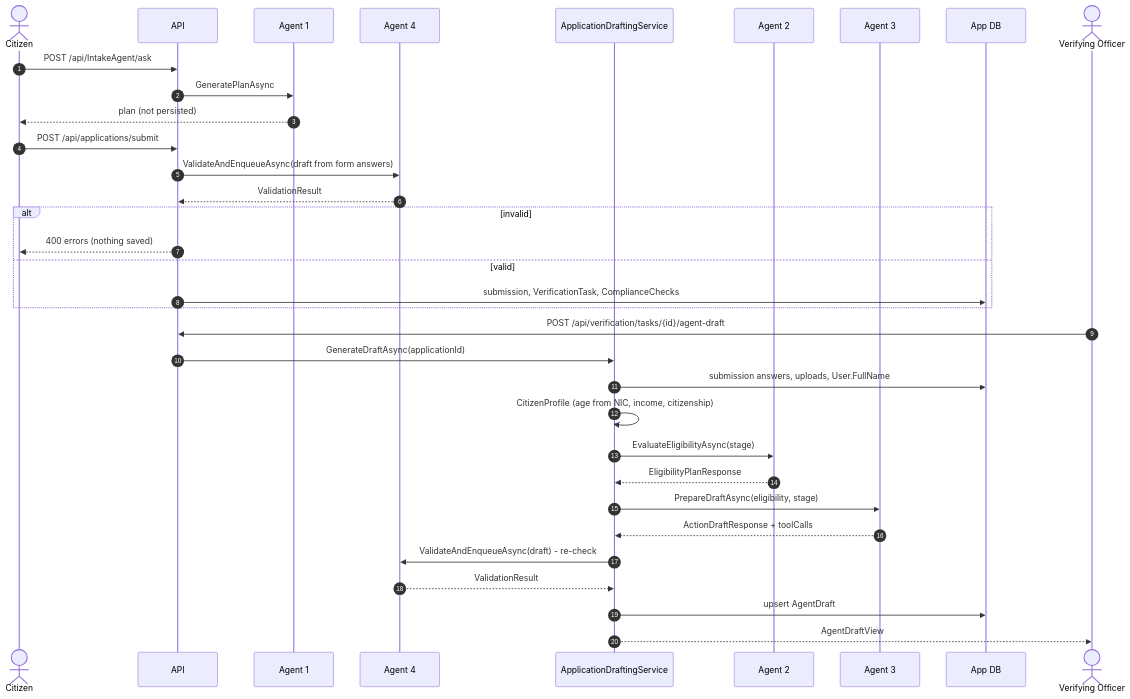
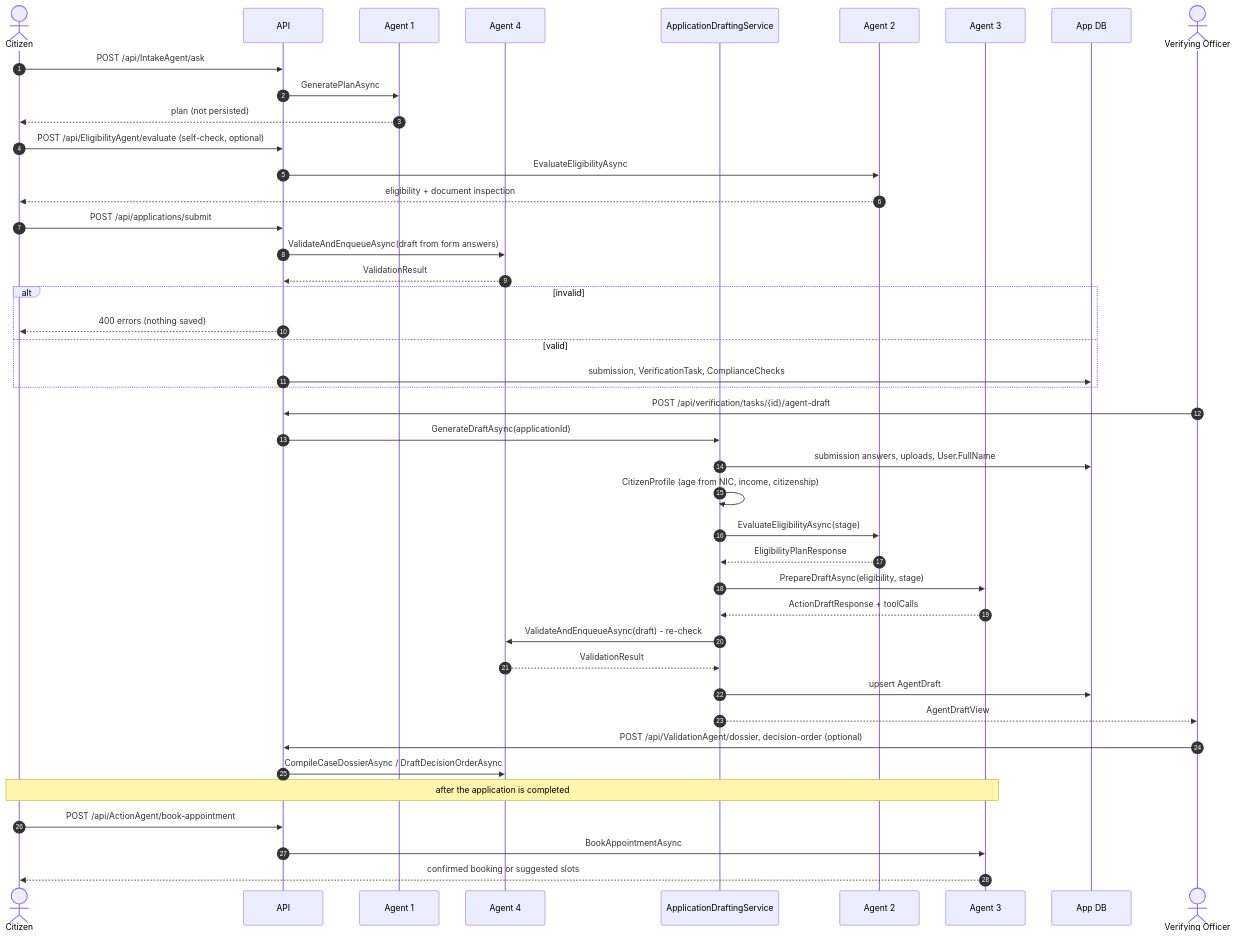
Before and after one commit to Chathuka-Pehesara/Government_Service_Navigator_New: the fourth of 4 diagrams in docs/diagrams/agentic-ai-architecture.md, drawn with Mermaid. The commit also changed other lines of this file and 18 other files, not shown here.

````diff
--- a/docs/diagrams/agentic-ai-architecture.md
+++ b/docs/diagrams/agentic-ai-architecture.md
@@ -175,39 +234,50 @@
 ```mermaid
 sequenceDiagram
     autonumber
     actor Cit as Citizen
     participant API as API
     participant A1 as Agent 1
     participant A4 as Agent 4
     participant DS as ApplicationDraftingService
     participant A2 as Agent 2
     participant A3 as Agent 3
     participant DB as App DB
     actor VO as Verifying Officer
 
     Cit->>API: POST /api/IntakeAgent/ask
     API->>A1: GeneratePlanAsync
     A1-->>Cit: plan (not persisted)
+
+    Cit->>API: POST /api/EligibilityAgent/evaluate (self-check, optional)
+    API->>A2: EvaluateEligibilityAsync
+    A2-->>Cit: eligibility + document inspection
 
     Cit->>API: POST /api/applications/submit
     API->>A4: ValidateAndEnqueueAsync(draft from form answers)
     A4-->>API: ValidationResult
     alt invalid
         API-->>Cit: 400 errors (nothing saved)
     else valid
         API->>DB: submission, VerificationTask, ComplianceChecks
     end
 
     VO->>API: POST /api/verification/tasks/{id}/agent-draft
     API->>DS: GenerateDraftAsync(applicationId)
     DS->>DB: submission answers, uploads, User.FullName
     DS->>DS: CitizenProfile (age from NIC, income, citizenship)
     DS->>A2: EvaluateEligibilityAsync(stage)
     A2-->>DS: EligibilityPlanResponse
     DS->>A3: PrepareDraftAsync(eligibility, stage)
     A3-->>DS: ActionDraftResponse + toolCalls
     DS->>A4: ValidateAndEnqueueAsync(draft) - re-check
     A4-->>DS: ValidationResult
     DS->>DB: upsert AgentDraft
     DS-->>VO: AgentDraftView
+    VO->>API: POST /api/ValidationAgent/dossier, decision-order (optional)
+    API->>A4: CompileCaseDossierAsync / DraftDecisionOrderAsync
+
+    Note over Cit,A3: after the application is completed
+    Cit->>API: POST /api/ActionAgent/book-appointment
+    API->>A3: BookAppointmentAsync
+    A3-->>Cit: confirmed booking or suggested slots
 ```
````
